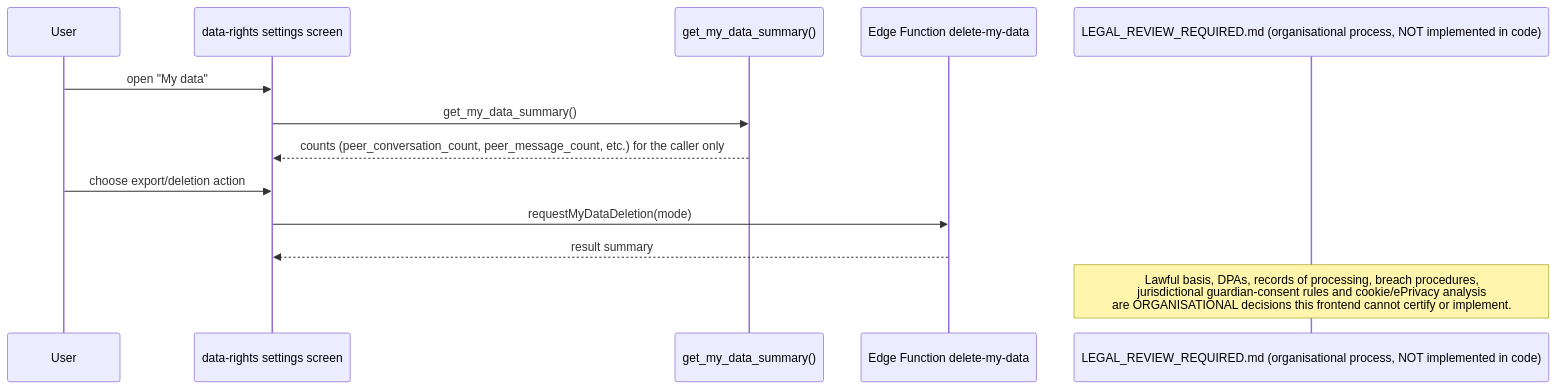
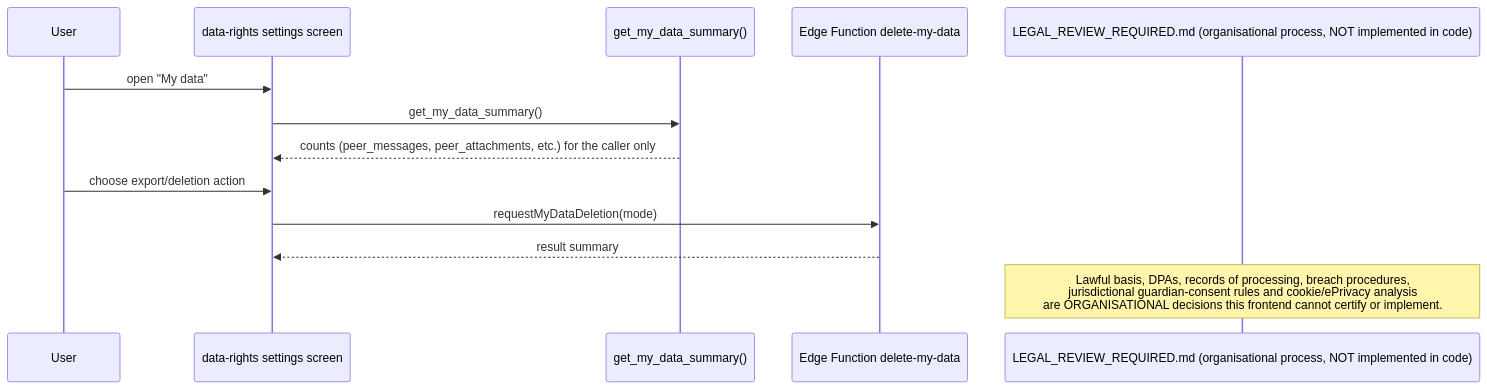
The diagram in docs/sequences/GDPR_PRIVACY_DATA_MAP_RIGHTS_WORKFLOW.mmd (keyshavmor/study-swiss-star), drawn with Mermaid before and after one commit. The commit also changed 3 other files, not shown here.

```diff
--- a/docs/sequences/GDPR_PRIVACY_DATA_MAP_RIGHTS_WORKFLOW.mmd
+++ b/docs/sequences/GDPR_PRIVACY_DATA_MAP_RIGHTS_WORKFLOW.mmd
@@ -1,16 +1,16 @@
 %% Status: CURRENT SUPABASE + LEGAL REVIEW REQUIRED BEFORE PRODUCTION
 %% Source: frontend/src/lib/system-health.ts, docs/legal/LEGAL_REVIEW_REQUIRED.md
 sequenceDiagram
     participant User
     participant UI as data-rights settings screen
     participant Summary as get_my_data_summary()
     participant Edge as Edge Function delete-my-data
     participant Legal as LEGAL_REVIEW_REQUIRED.md (organisational process, NOT implemented in code)
 
     User->>UI: open "My data"
     UI->>Summary: get_my_data_summary()
-    Summary-->>UI: counts (peer_conversation_count, peer_message_count, etc.) for the caller only
+    Summary-->>UI: counts (peer_messages, peer_attachments, etc.) for the caller only
     User->>UI: choose export/deletion action
     UI->>Edge: requestMyDataDeletion(mode)
     Edge-->>UI: result summary
     Note over Legal: Lawful basis, DPAs, records of processing, breach procedures,<br/>jurisdictional guardian-consent rules and cookie/ePrivacy analysis<br/>are ORGANISATIONAL decisions this frontend cannot certify or implement.
```
